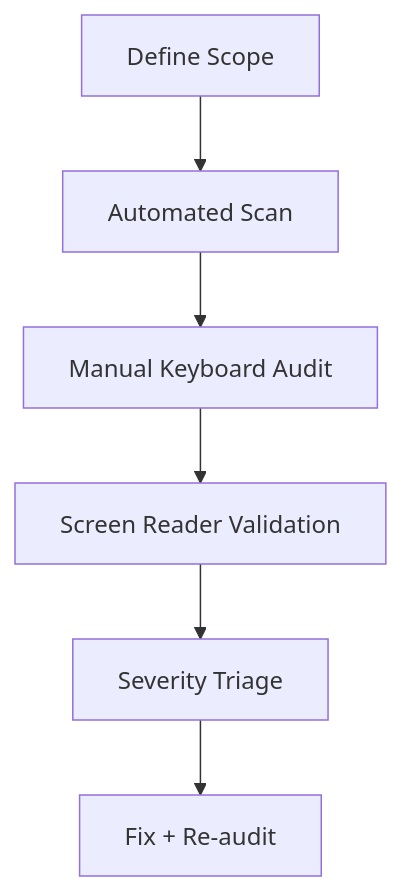
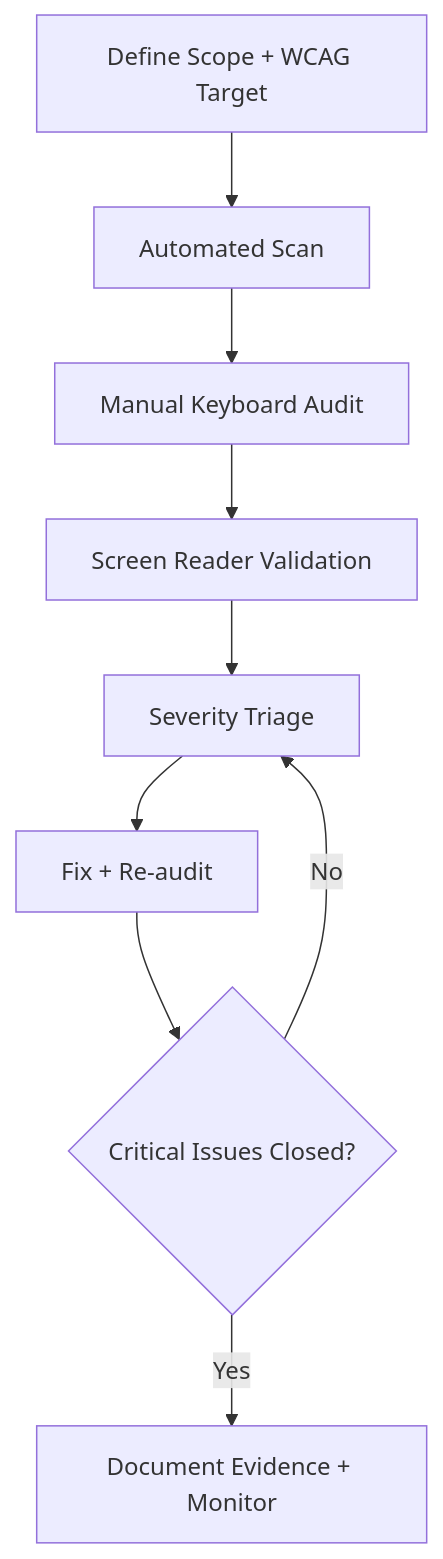
One commit to kaushalkumar8459/CodingTerminal-Tutorial-Notes changed the diagram in tutorial-platform/public/tutorials/react/day-093-accessibility-audit-workflow.md. Above: the diagram before and after it, drawn with Mermaid. The commit also changed other lines of this file, not shown here.

````diff
--- a/tutorial-platform/public/tutorials/react/day-093-accessibility-audit-workflow.md
+++ b/tutorial-platform/public/tutorials/react/day-093-accessibility-audit-workflow.md
@@ -170,8 +183,11 @@
 ```mermaid
 flowchart TD
-		A[Define Scope] --> B[Automated Scan]
+		A[Define Scope + WCAG Target] --> B[Automated Scan]
 		B --> C[Manual Keyboard Audit]
 		C --> D[Screen Reader Validation]
 		D --> E[Severity Triage]
 		E --> F[Fix + Re-audit]
+		F --> G{Critical Issues Closed?}
+		G -->|No| E
+		G -->|Yes| H[Document Evidence + Monitor]
 ```
````
